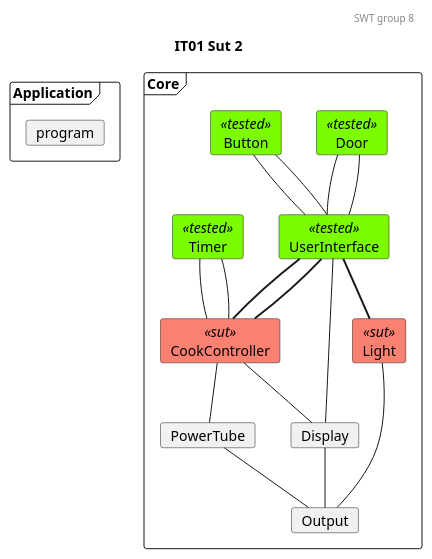
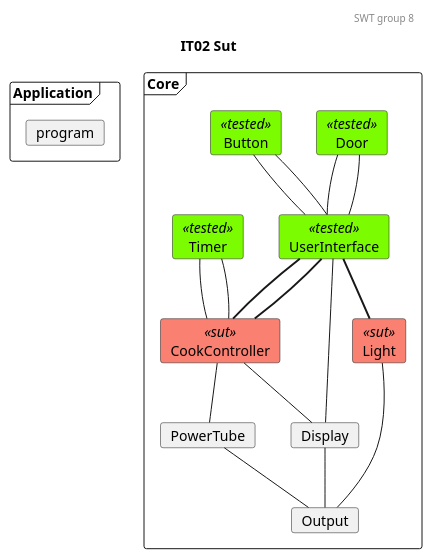
The diagram in docs/SysTestTree2.plantuml (mikkel-ol/I4SWT-MicrowaveOven), drawn with PlantUML before and after one commit. The commit also changed 3 other files, not shown here.

```diff
--- a/docs/SysTestTree2.plantuml
+++ b/docs/SysTestTree2.plantuml
@@ -1,75 +1,75 @@
 @startuml IT02-Sut
 
 'Testing colors:
 skinparam card {
     backgroundColor<<tested>> lawngreen
     backgroundColor<<sut>> salmon
     backgroundColor<<test>> salmon
     backgroundColor<<fake>> gold
 }
 
 header SWT group 8
-title IT01 Sut 2
+title IT02 Sut
 
 frame Application {
     card program
 }
 
 frame Core {
 '0.
     card Door<<tested>>
     card Button<<tested>>
     card Timer<<tested>>
 
 '1.
     card UserInterface<<tested>>
 
 '2.
     card CookController<<sut>>
     card Light<<sut>>
 
 '3.
     card PowerTube
     card Display
 
 '4 
     card Output
 
 'Relations projects
 ' 0. to 1.
 Door -- UserInterface
 Door -- UserInterface
 
 Button -- UserInterface
 Button -- UserInterface
 
 
 'Relations CookController:
 '1.
 UserInterface -[thickness=2]- CookController
 UserInterface -[thickness=2]- CookController
 
 '1. to 3.
 'Door -[thickness=2]- CookController
 
 Timer -- CookController
 Timer -- CookController
 
 
 CookController -- PowerTube
 
 '1. to 2.
 UserInterface -- Display
 UserInterface -[thickness=2]- Light
 CookController -- Display
 
 
 
 ' Relations 2. to 3.
 Light -- Output
 Display -- Output
 PowerTube -- Output
 
 
 
 @enduml
```
